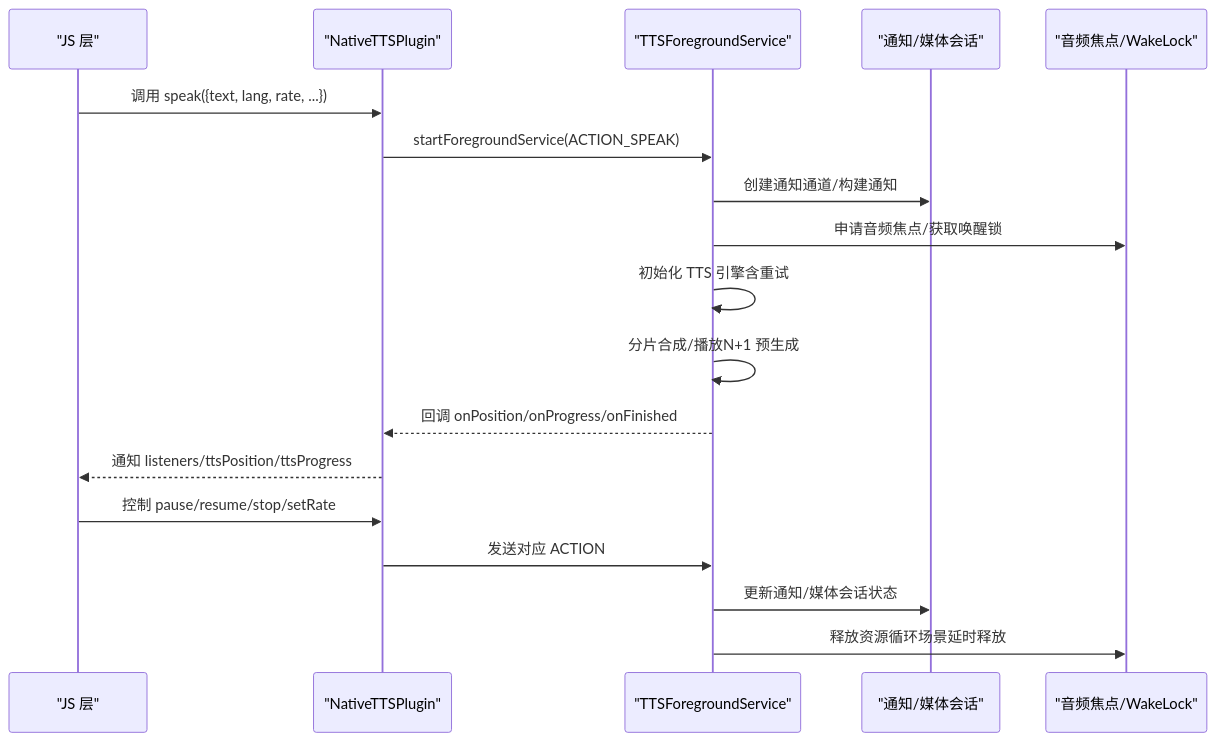
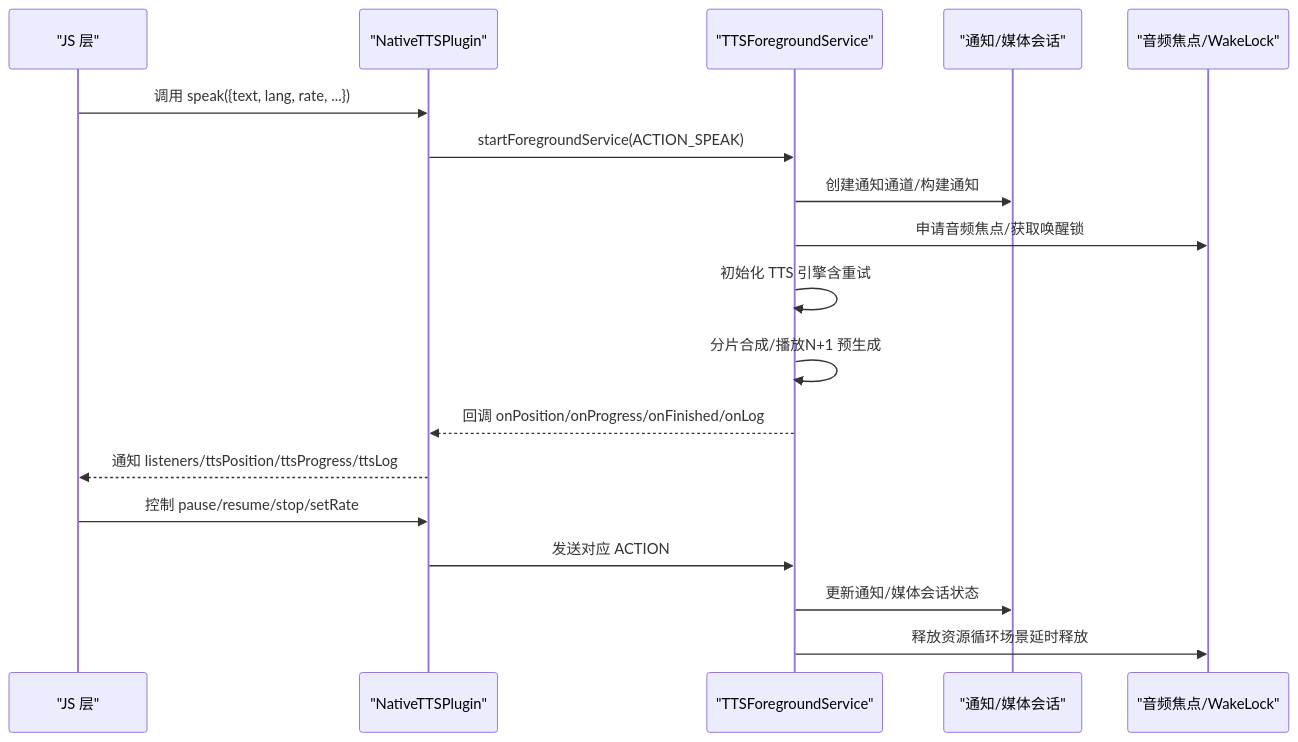
One commit to zhao-zg/cx changed the second of 5 diagrams in .qoder/repowiki/zh/content/移动应用开发/服务管理.md. Above: the diagram before and after it, drawn with Mermaid. The commit also changed other lines of this file and 4 other files, not shown here.

````diff
--- a/.qoder/repowiki/zh/content/移动应用开发/服务管理.md
+++ b/.qoder/repowiki/zh/content/移动应用开发/服务管理.md
@@ -104,20 +105,20 @@
 ```mermaid
 sequenceDiagram
 participant JS as "JS 层"
 participant PL as "NativeTTSPlugin"
 participant SV as "TTSForegroundService"
 participant NM as "通知/媒体会话"
 participant AM as "音频焦点/WakeLock"
 JS->>PL : 调用 speak({text, lang, rate, ...})
 PL->>SV : startForegroundService(ACTION_SPEAK)
 SV->>NM : 创建通知通道/构建通知
 SV->>AM : 申请音频焦点/获取唤醒锁
 SV->>SV : 初始化 TTS 引擎含重试
 SV->>SV : 分片合成/播放N+1 预生成
-SV-->>PL : 回调 onPosition/onProgress/onFinished
-PL-->>JS : 通知 listeners/ttsPosition/ttsProgress
+SV-->>PL : 回调 onPosition/onProgress/onFinished/onLog
+PL-->>JS : 通知 listeners/ttsPosition/ttsProgress/ttsLog
 JS->>PL : 控制 pause/resume/stop/setRate
 PL->>SV : 发送对应 ACTION
 SV->>NM : 更新通知/媒体会话状态
 SV->>AM : 释放资源循环场景延时释放
 ```
````
